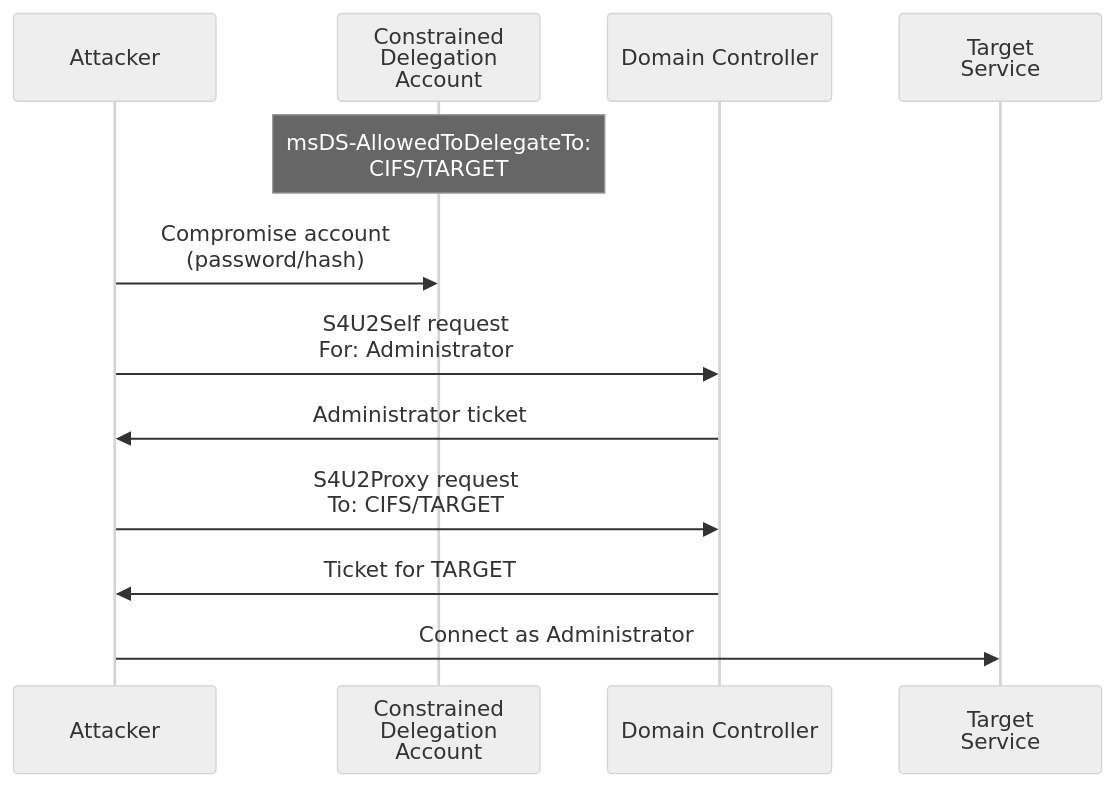
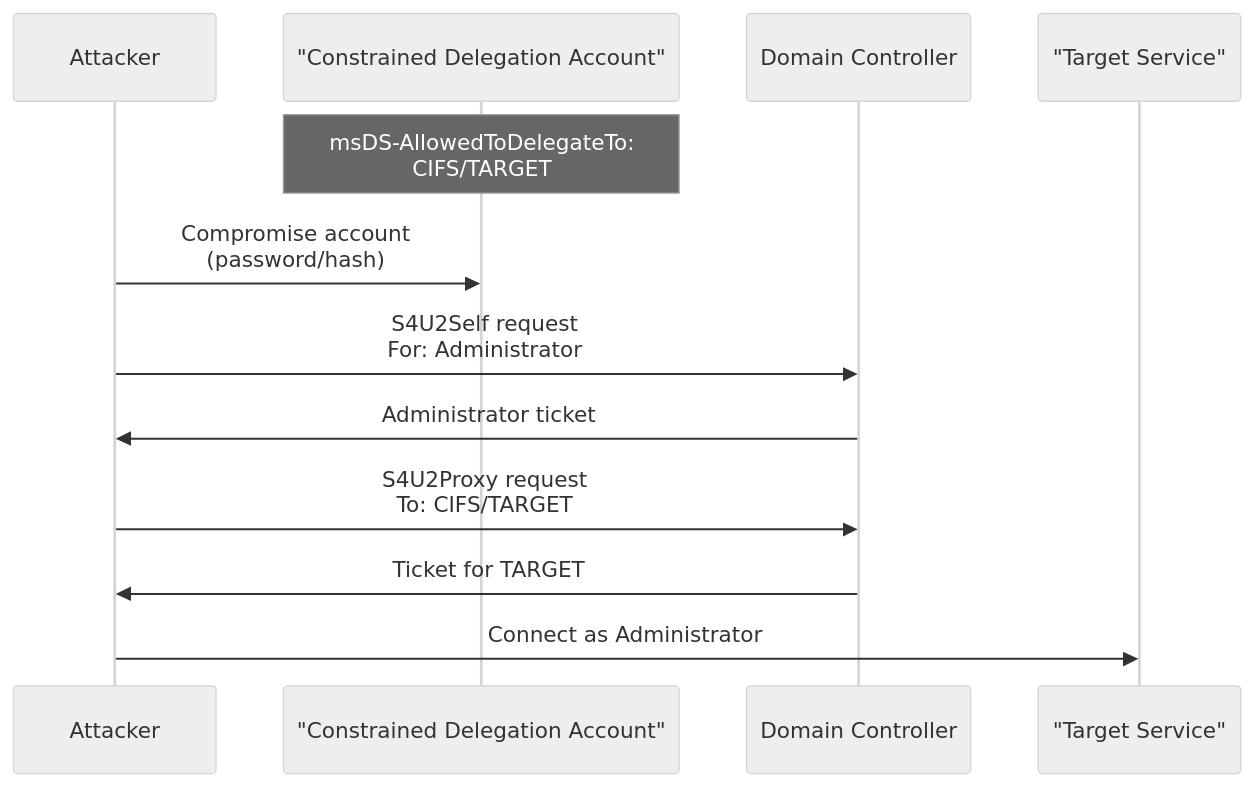
Before and after one commit to morimori-dev/morimori-dev.github.io: the sixth of 6 diagrams in _posts/2026-03-03-tech-rbcd-attack-guide.md, drawn with Mermaid (neutral theme). The commit also changed other lines of this file and 7 other files, not shown here.

First line of the commit message:
Fix Mermaid syntax errors in 8 posts

````diff
--- a/_posts/2026-03-03-tech-rbcd-attack-guide.md
+++ b/_posts/2026-03-03-tech-rbcd-attack-guide.md
@@ -642,19 +642,19 @@
 ```mermaid
 sequenceDiagram
     participant A as Attacker
-    participant CD as Constrained<br/>Delegation<br/>Account
+    participant CD as "Constrained Delegation Account"
     participant DC as Domain Controller
-    participant T as Target<br/>Service
+    participant T as "Target Service"
 
     Note over CD: msDS-AllowedToDelegateTo:<br/>CIFS/TARGET
 
     A->>CD: Compromise account<br/>(password/hash)
 
     A->>DC: S4U2Self request<br/>For: Administrator
     DC->>A: Administrator ticket
 
     A->>DC: S4U2Proxy request<br/>To: CIFS/TARGET
     DC->>A: Ticket for TARGET
 
     A->>T: Connect as Administrator
 ```
````
